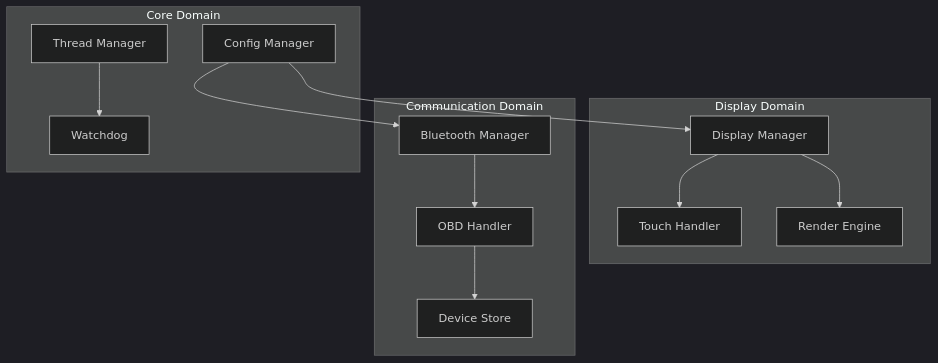
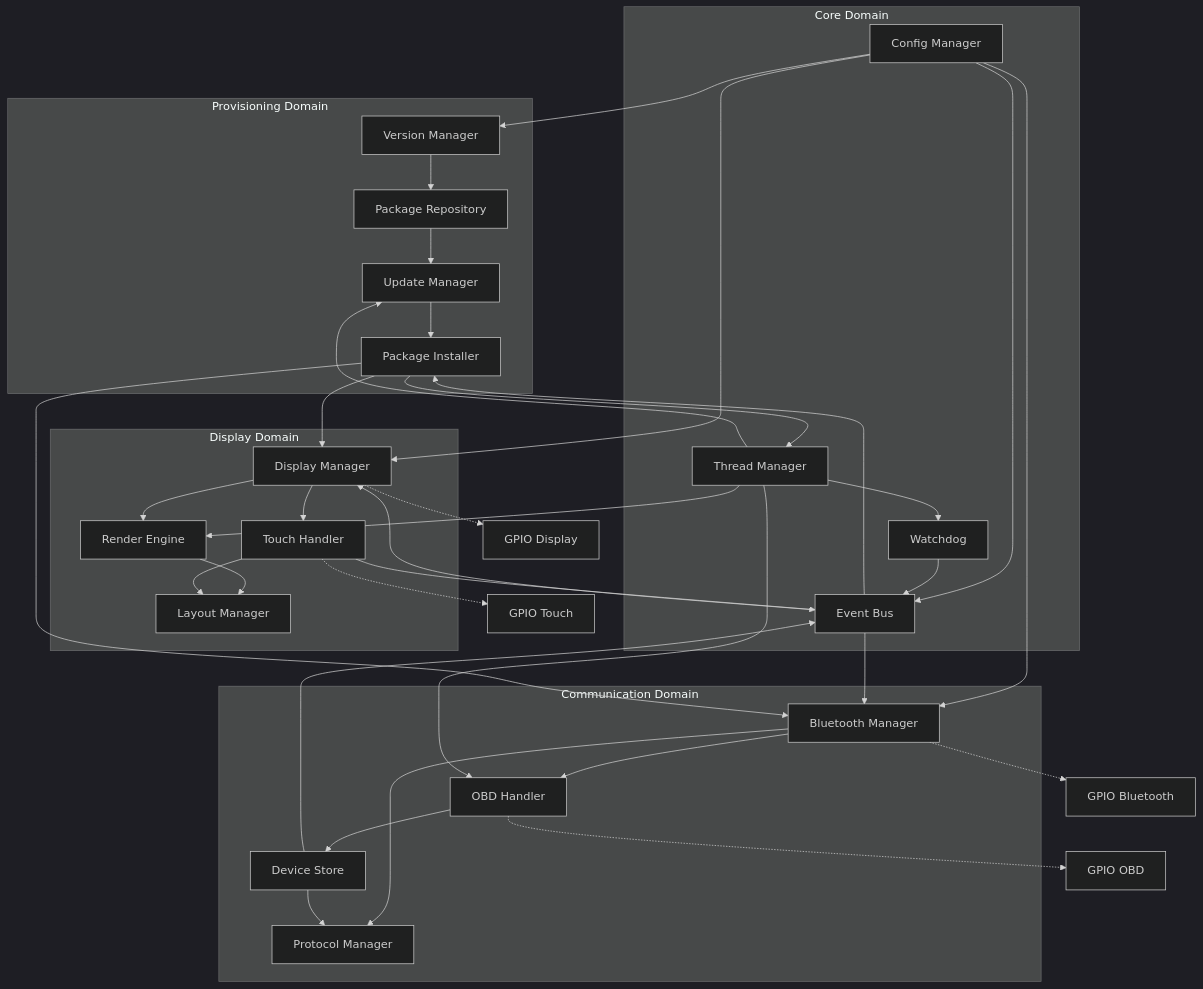
The first of 3 diagrams in doc/design/diagrams/master/component_interaction.md (William12556/GTach), drawn with Mermaid (dark theme) before and after one commit. The commit also changed other lines of this file and 4 other files, not shown here.

Commit message:
diagram documentation creation

````diff
--- a/doc/design/diagrams/master/component_interaction.md
+++ b/doc/design/diagrams/master/component_interaction.md
@@ -45,31 +52,78 @@
 ```mermaid
-%% To be developed: Master component interaction diagram
-%% This will show all major component interfaces and data flows
 flowchart TD
+    subgraph "Provisioning Domain"
+        VersionMgr[Version Manager]
+        PackageRepo[Package Repository]
+        UpdateMgr[Update Manager]
+        Installer[Package Installer]
+    end
+    
     subgraph "Display Domain"
         DisplayMgr[Display Manager]
         TouchHandler[Touch Handler]
         RenderEngine[Render Engine]
+        LayoutMgr[Layout Manager]
     end
     
     subgraph "Communication Domain"
         BluetoothMgr[Bluetooth Manager]
         OBDHandler[OBD Handler]
         DeviceStore[Device Store]
+        ProtocolMgr[Protocol Manager]
     end
     
     subgraph "Core Domain"
         ThreadMgr[Thread Manager]
+        ConfigMgr[Config Manager]
         Watchdog[Watchdog]
-        ConfigMgr[Config Manager]
+        EventBus[Event Bus]
     end
     
-    %% Component interactions to be developed
+    %% Provisioning Internal Interactions
+    VersionMgr --> PackageRepo
+    PackageRepo --> UpdateMgr
+    UpdateMgr --> Installer
+    
+    %% Display Internal Interactions
     DisplayMgr --> TouchHandler
     DisplayMgr --> RenderEngine
+    RenderEngine --> LayoutMgr
+    TouchHandler --> LayoutMgr
+    
+    %% Communication Internal Interactions
     BluetoothMgr --> OBDHandler
     OBDHandler --> DeviceStore
+    BluetoothMgr --> ProtocolMgr
+    DeviceStore --> ProtocolMgr
+    
+    %% Core Internal Interactions
     ThreadMgr --> Watchdog
+    ConfigMgr --> EventBus
+    Watchdog --> EventBus
+    
+    %% Cross-Domain Interactions
+    ConfigMgr --> VersionMgr
     ConfigMgr --> DisplayMgr
     ConfigMgr --> BluetoothMgr
+    
+    ThreadMgr --> UpdateMgr
+    ThreadMgr --> RenderEngine
+    ThreadMgr --> OBDHandler
+    
+    EventBus --> DisplayMgr
+    EventBus --> BluetoothMgr
+    EventBus --> Installer
+    
+    Installer --> DisplayMgr
+    Installer --> BluetoothMgr
+    Installer --> ThreadMgr
+    
+    TouchHandler --> EventBus
+    DeviceStore --> EventBus
+    
+    %% Hardware Integration Points
+    DisplayMgr -.-> GPIO_Display[GPIO Display]
+    TouchHandler -.-> GPIO_Touch[GPIO Touch]
+    BluetoothMgr -.-> GPIO_BT[GPIO Bluetooth]
+    OBDHandler -.-> GPIO_OBD[GPIO OBD]
 ```
````
